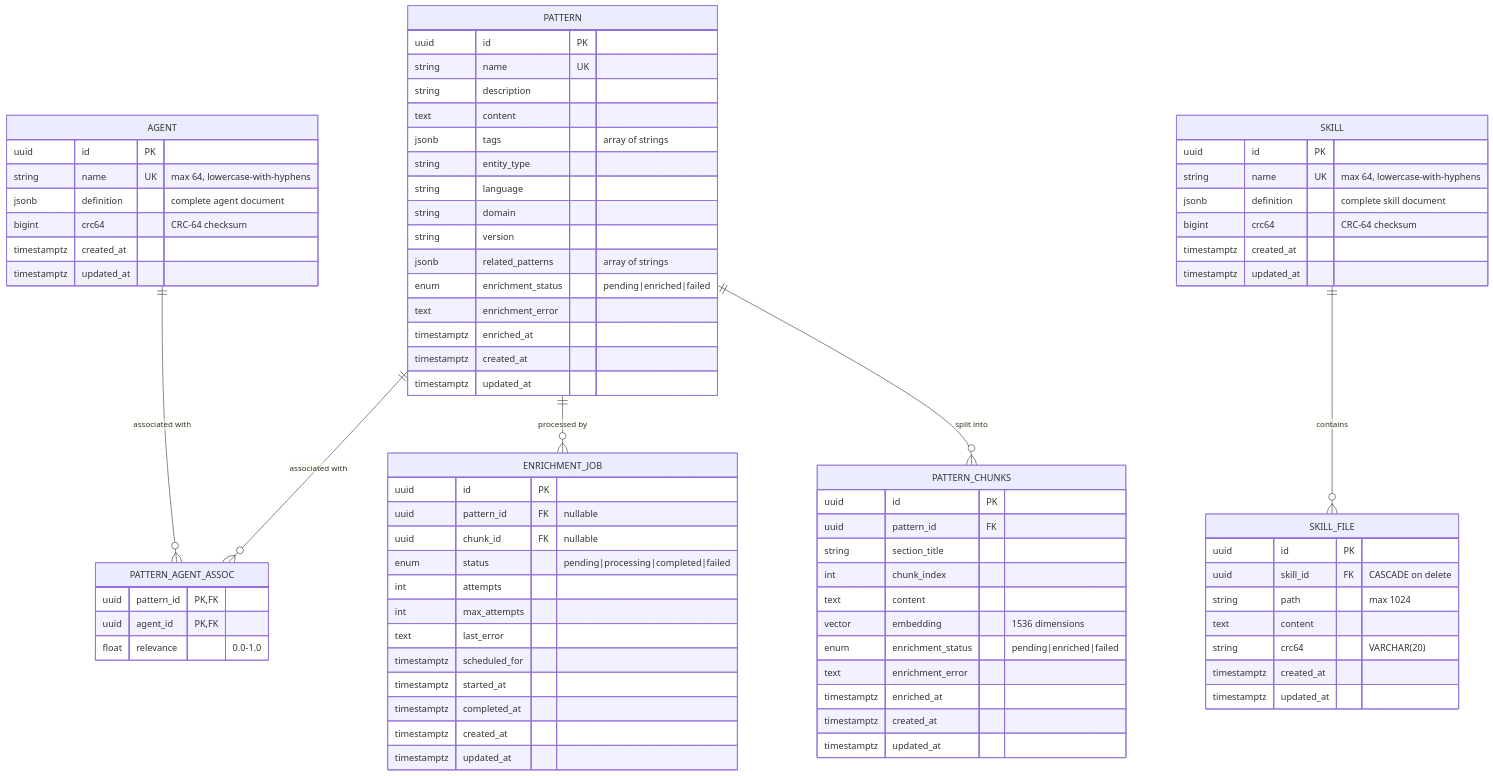
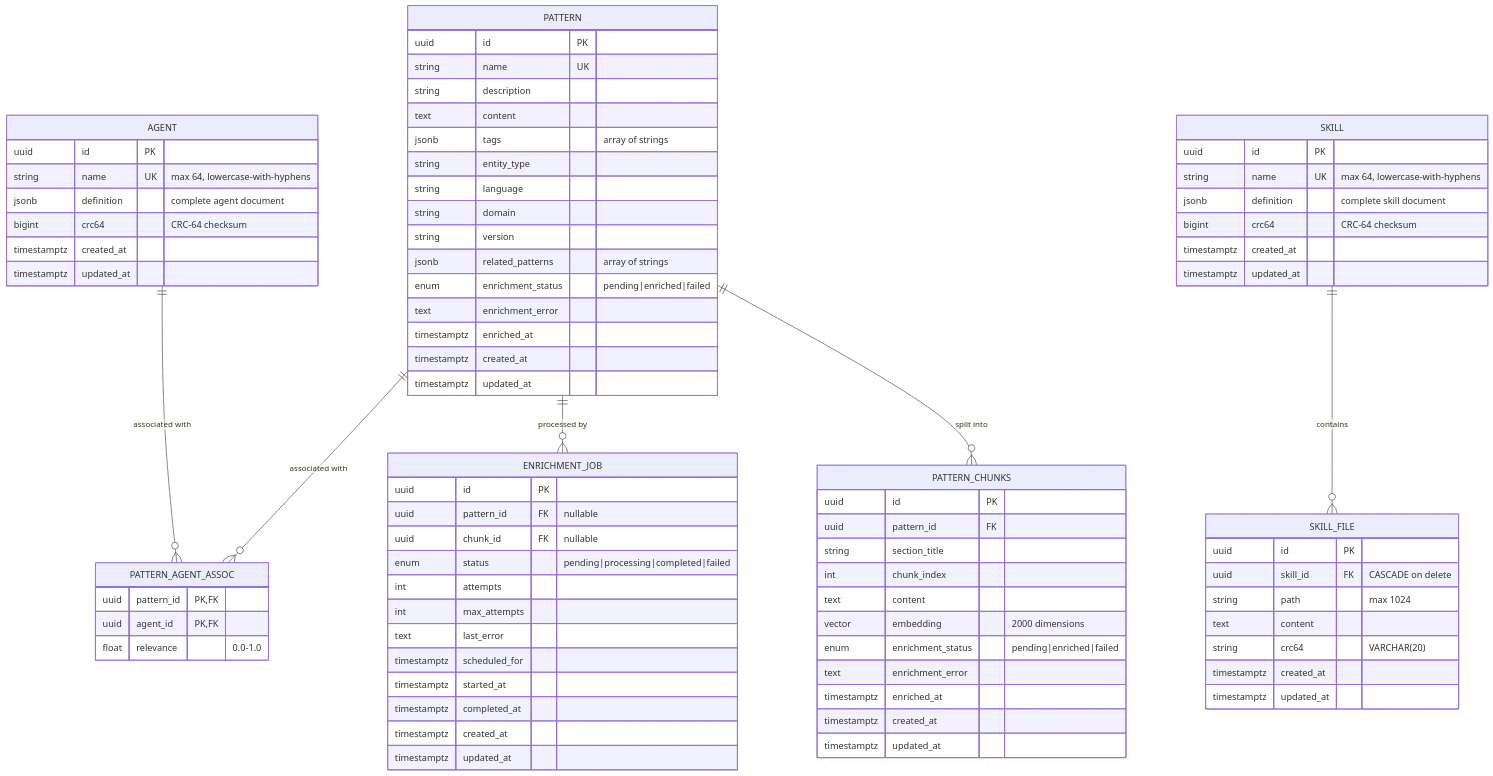
Before and after one commit to twistingmercury/mnemonic-mcp: the second of 14 diagrams in docs/architecture/04-data-architecture.md, drawn with Mermaid. The commit also changed other lines of this file and 1 other file, not shown here.

Commit message:
docs: fix remaining stale embedding refs in diagrams and concept

```diff
--- a/docs/architecture/04-data-architecture.md
+++ b/docs/architecture/04-data-architecture.md
@@ -206,7 +206,7 @@
         string section_title
         int chunk_index
         text content
-        vector embedding "1536 dimensions"
+        vector embedding "2000 dimensions"
         enum enrichment_status "pending|enriched|failed"
         text enrichment_error
         timestamptz enriched_at
```
